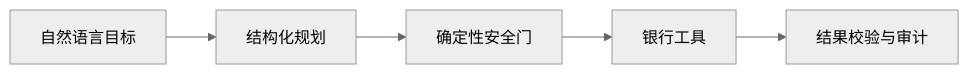
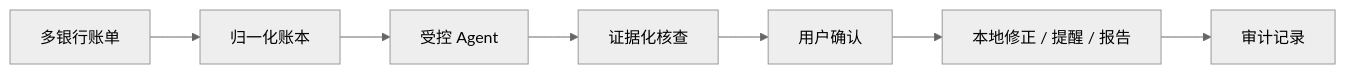
One commit to Masterora/bankpilot-agent changed the diagram in docs/ROADMAP.md. Above: the diagram before and after it, drawn with Mermaid (neutral theme). The commit also changed other lines of this file and 24 other files, not shown here.

````diff
--- a/docs/ROADMAP.md
+++ b/docs/ROADMAP.md
@@ -5,7 +7,9 @@
 ```mermaid
 flowchart LR
-    A[自然语言目标] --> P[结构化规划]
-    P --> G[确定性安全门]
-    G --> T[银行工具]
-    T --> R[结果校验与审计]
+    I[多银行账单] --> N[归一化账本]
+    N --> A[受控 Agent]
+    A --> Q[证据化核查]
+    Q --> C[用户确认]
+    C --> L[本地修正 / 提醒 / 报告]
+    L --> E[审计记录]
 ```
````
